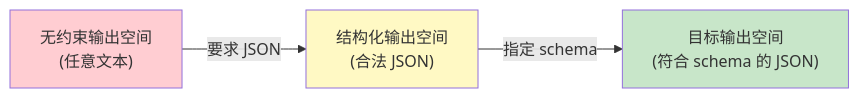
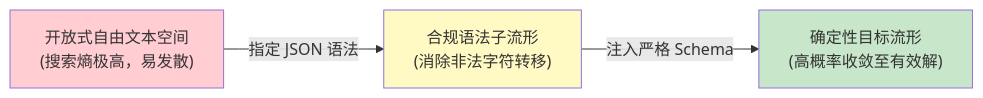
One commit to yingwang/thinking-in-llm changed the first of 4 diagrams in chapters/05-strengths.md. Above: the diagram before and after it, drawn with Mermaid. The commit also changed other lines of this file and 31 other files, not shown here.

````diff
--- a/chapters/05-strengths.md
+++ b/chapters/05-strengths.md
@@ -152,9 +146,9 @@
 ```mermaid
 flowchart LR
-    A["无约束输出空间<br>(任意文本)"] -->|"要求 JSON"| B["结构化输出空间<br>(合法 JSON)"]
-    B -->|"指定 schema"| C["目标输出空间<br>(符合 schema 的 JSON)"]
+    A["开放式自由文本空间<br>(搜索熵极高，易发散)"] -->|"指定 JSON 语法"| B["合规语法子流形<br>(消除非法字符转移)"]
+    B -->|"注入严格 Schema"| C["确定性目标流形<br>(高概率收敛至有效解)"]
     
     style A fill:#ffcdd2
     style B fill:#fff9c4
     style C fill:#c8e6c9
 ```
````
